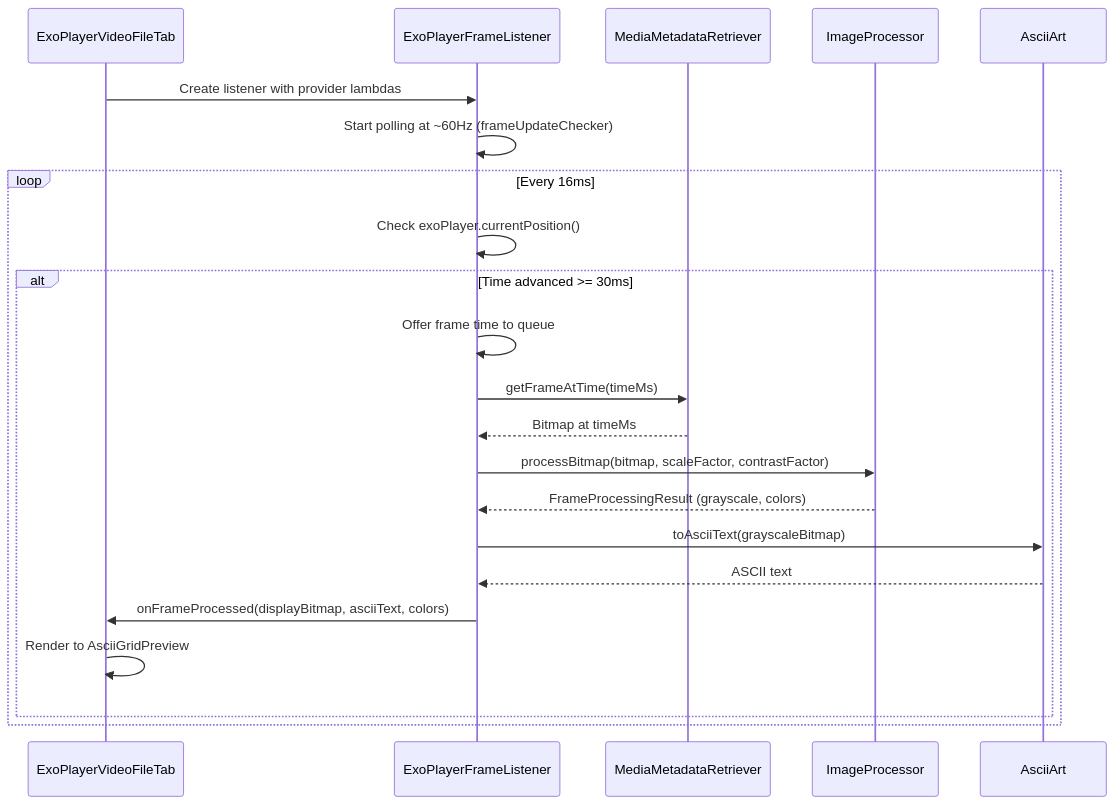
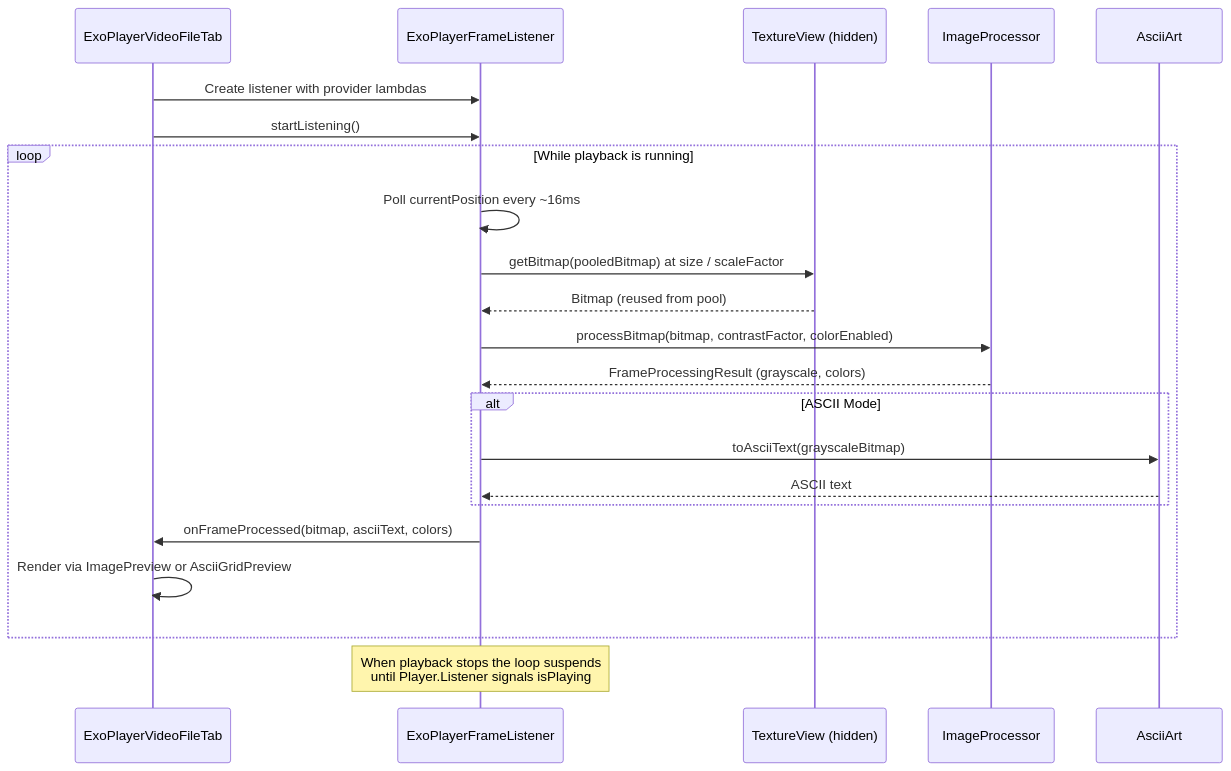
One commit to replicant1/AsciiArt changed the diagram in docs/sequence-video-file.mmd. Above: the diagram before and after it, drawn with Mermaid. The commit also changed 8 other files, not shown here.

First line of the commit message:
Bring the README and architecture diagrams back in line with the code

```diff
--- a/docs/sequence-video-file.mmd
+++ b/docs/sequence-video-file.mmd
@@ -1,23 +1,23 @@
 sequenceDiagram
     participant UI as ExoPlayerVideoFileTab
     participant EFL as ExoPlayerFrameListener
-    participant EMR as MediaMetadataRetriever
+    participant TV as TextureView (hidden)
     participant IP as ImageProcessor
     participant AA as AsciiArt
-    
+
     UI->>EFL: Create listener with provider lambdas
-    EFL->>EFL: Start polling at ~60Hz (frameUpdateChecker)
-    loop Every 16ms
-        EFL->>EFL: Check exoPlayer.currentPosition()
-        alt Time advanced >= 30ms
-            EFL->>EFL: Offer frame time to queue
-            EFL->>EMR: getFrameAtTime(timeMs)
-            EMR-->>EFL: Bitmap at timeMs
-            EFL->>IP: processBitmap(bitmap, scaleFactor, contrastFactor)
-            IP-->>EFL: FrameProcessingResult (grayscale, colors)
+    UI->>EFL: startListening()
+    loop While playback is running
+        EFL->>EFL: Poll currentPosition every ~16ms
+        EFL->>TV: getBitmap(pooledBitmap) at size / scaleFactor
+        TV-->>EFL: Bitmap (reused from pool)
+        EFL->>IP: processBitmap(bitmap, contrastFactor, colorEnabled)
+        IP-->>EFL: FrameProcessingResult (grayscale, colors)
+        alt ASCII Mode
             EFL->>AA: toAsciiText(grayscaleBitmap)
             AA-->>EFL: ASCII text
-            EFL->>UI: onFrameProcessed(displayBitmap, asciiText, colors)
-            UI->>UI: Render to AsciiGridPreview
         end
+        EFL->>UI: onFrameProcessed(bitmap, asciiText, colors)
+        UI->>UI: Render via ImagePreview or AsciiGridPreview
     end
+    Note over EFL: When playback stops the loop suspends<br/>until Player.Listener signals isPlaying
```
